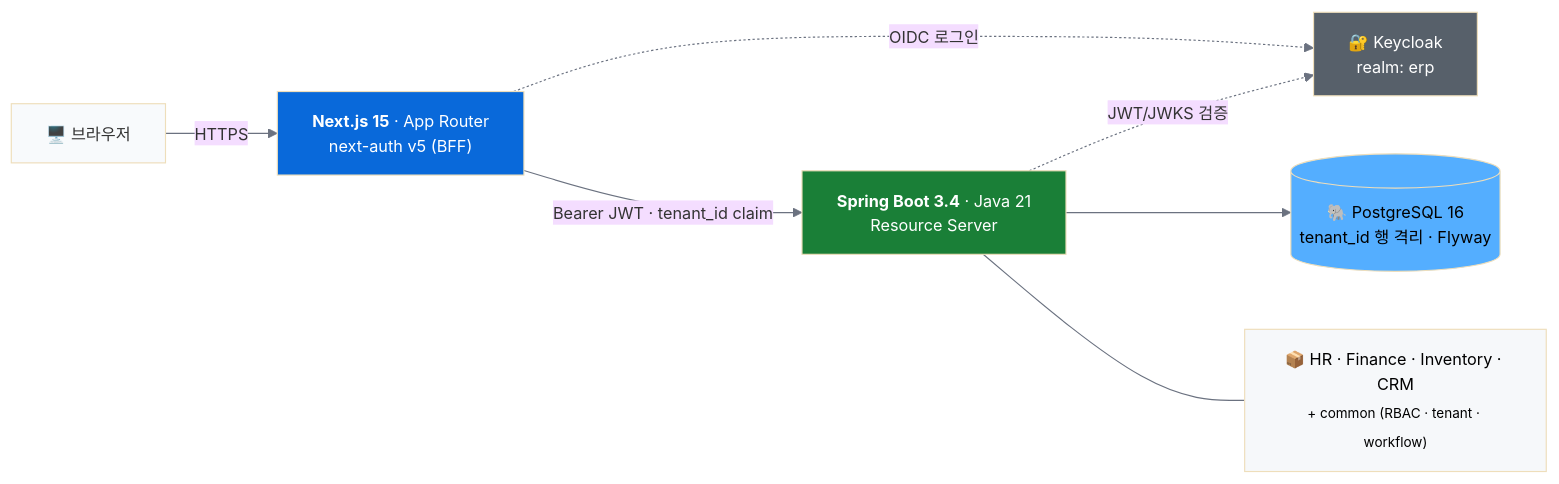
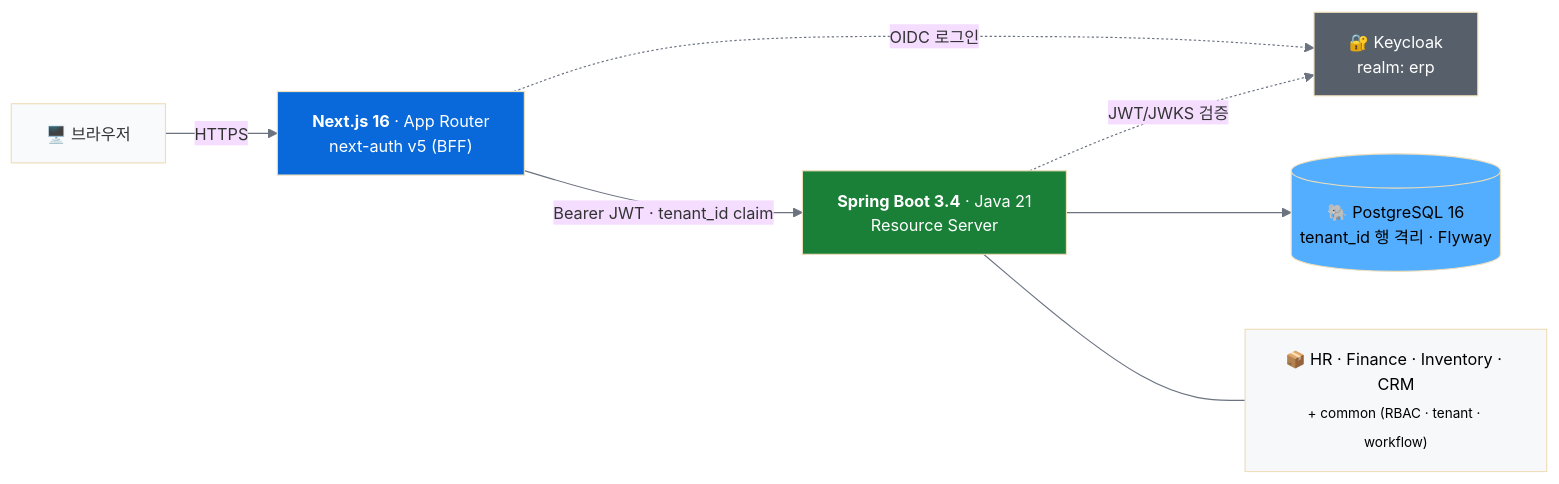
Before and after one commit to grinvi04/erp: the diagram in README.md, drawn with Mermaid. The commit also changed other lines of this file and 4 other files, not shown here.

````diff
--- a/README.md
+++ b/README.md
@@ -74,16 +74,16 @@
 ```mermaid
 %%{init: {'theme': 'base', 'themeVariables': {'lineColor': '#6b7280', 'background': '#f8fafc', 'mainBkg': '#f8fafc', 'fontSize': '14px'}}}%%
 flowchart LR
-    Browser["🖥️ 브라우저"] -->|HTTPS| FE["<b>Next.js 15</b> · App Router<br/>next-auth v5 (BFF)"]
+    Browser["🖥️ 브라우저"] -->|HTTPS| FE["<b>Next.js 16</b> · App Router<br/>next-auth v5 (BFF)"]
     FE -->|"Bearer JWT · tenant_id claim"| BE["<b>Spring Boot 3.4</b> · Java 21<br/>Resource Server"]
     FE -. "OIDC 로그인" .-> KC["🔐 Keycloak<br/>realm: erp"]
     BE -. "JWT/JWKS 검증" .-> KC
     BE --> DB[("🐘 PostgreSQL 16<br/>tenant_id 행 격리 · Flyway")]
     BE --- MOD["📦 HR · Finance · Inventory · CRM<br/><sub>+ common (RBAC · tenant · workflow)</sub>"]
 
     style FE fill:#0969da,color:#fff
     style BE fill:#1a7f37,color:#fff
     style KC fill:#57606a,color:#fff
     style DB fill:#54aeff,color:#000
     style MOD fill:#f6f8fa,color:#000
 ```
````
